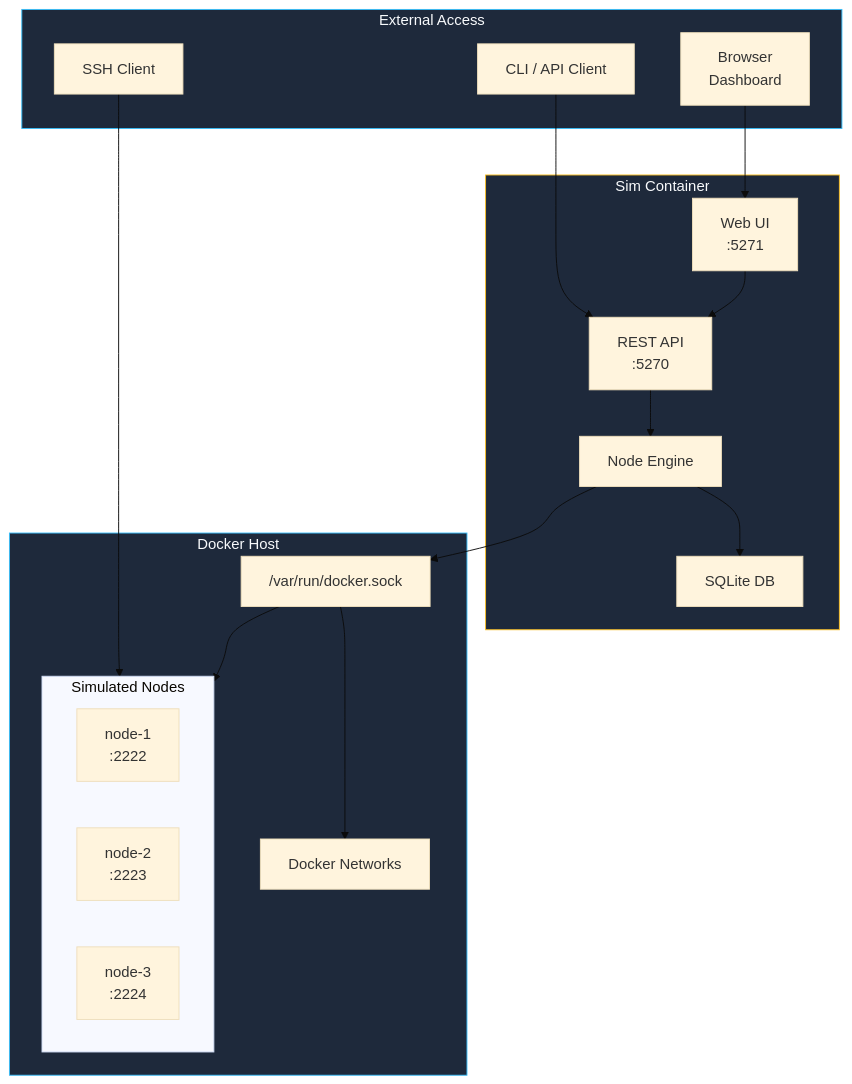
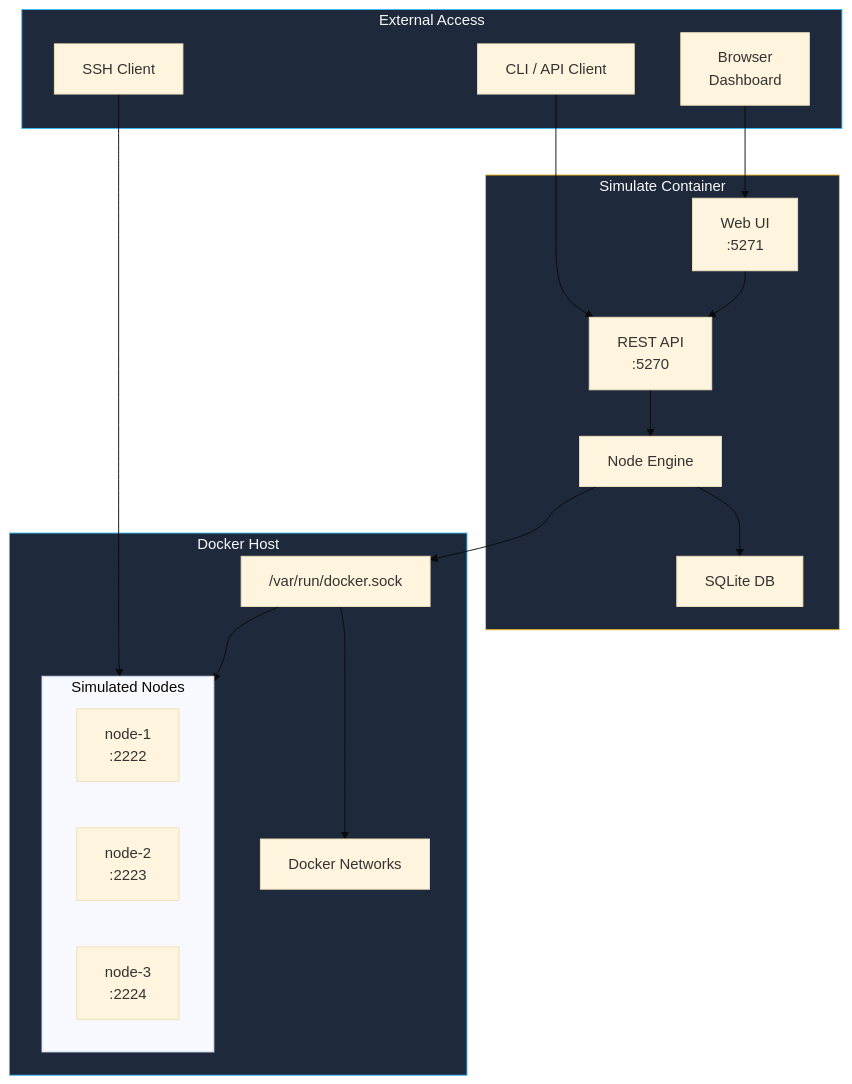
The third of 4 diagrams in sim/overview.mdx (KombiverseLabs/docs), drawn with Mermaid (base theme) before and after one commit. The commit also changed other lines of this file and 57 other files, not shown here.

````diff
--- a/sim/overview.mdx
+++ b/sim/overview.mdx
@@ -179,42 +179,42 @@
 ```mermaid
 graph TB
     subgraph External["External Access"]
         Browser["Browser<br/>Dashboard"]
         CLI["CLI / API Client"]
         SSH["SSH Client"]
     end
     
-    subgraph SimContainer["Sim Container"]
+    subgraph SimContainer["Simulate Container"]
         WebUI["Web UI<br/>:5271"]
         API["REST API<br/>:5270"]
         Engine["Node Engine"]
         DB["SQLite DB"]
     end
     
     subgraph Docker["Docker Host"]
         Socket["/var/run/docker.sock"]
         
         subgraph Nodes["Simulated Nodes"]
             N1["node-1<br/>:2222"]
             N2["node-2<br/>:2223"]
             N3["node-3<br/>:2224"]
         end
         
         Networks["Docker Networks"]
     end
     
     Browser --> WebUI
     CLI --> API
     SSH --> Nodes
     
     API --> Engine
     WebUI --> API
     Engine --> DB
     Engine --> Socket
     Socket --> Nodes
     Socket --> Networks
     
     style External fill:#1e293b,stroke:#38bdf8,color:#f8fafc
     style SimContainer fill:#1e293b,stroke:#fbbf24,color:#f8fafc
     style Docker fill:#1e293b,stroke:#38bdf8,color:#f8fafc
 ```
````
